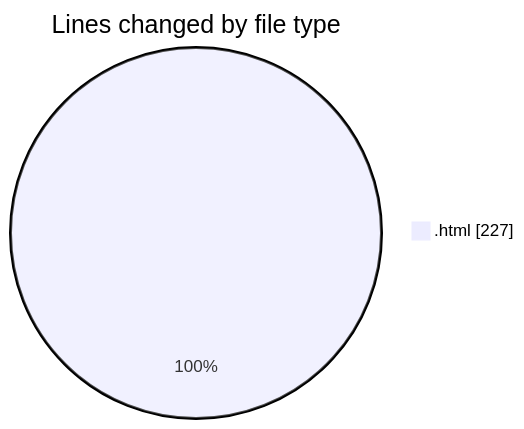
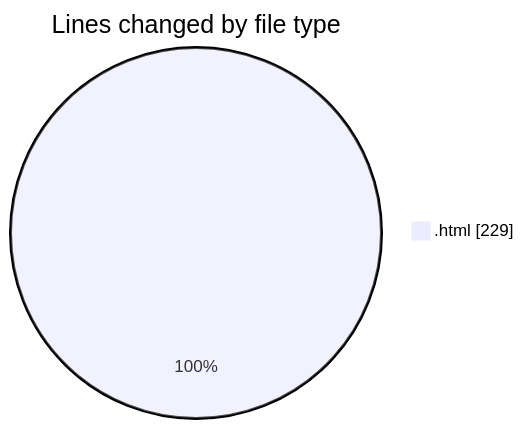
One commit to hasnaa123/code-tracking changed the first of 2 diagrams in 2025-12-23/technologie_web/README.md. Above: the diagram before and after it, drawn with Mermaid. The commit also changed other lines of this file and 1 other file, not shown here.

````diff
--- a/2025-12-23/technologie_web/README.md
+++ b/2025-12-23/technologie_web/README.md
@@ -20,5 +20,5 @@
 ```mermaid
 pie showData
 title Lines changed by file type
-".html" : 227
+".html" : 229
 ```
````
